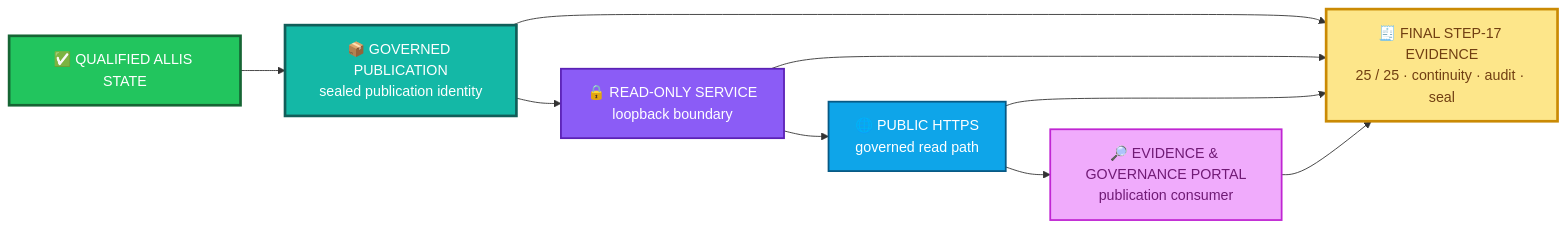
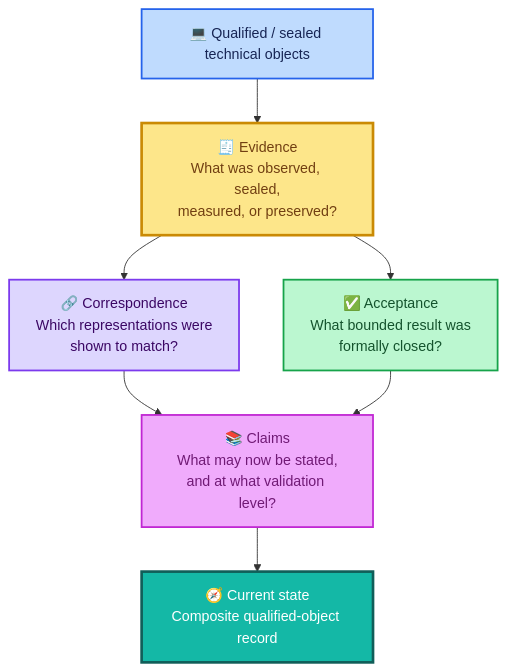
Before and after one commit to kiddstechnical/ALLIS-Artificial-Learning-and-Location-Intelligence-System: the diagram in evidence/README.md, drawn with Mermaid. The commit also changed other lines of this file, not shown here.

First line of the commit message:
Revise README for ALLIS evidence index and publication

````diff
--- a/evidence/README.md
+++ b/evidence/README.md
@@ -35,31 +57,28 @@
 ```mermaid
-flowchart LR
-    Q["✅ QUALIFIED ALLIS STATE"]:::qualified
+flowchart TB
+    S["💻 Qualified / sealed technical objects"]:::source
 
-    P["📦 GOVERNED PUBLICATION<br/>sealed publication identity"]:::publication
+    E["🧾 Evidence<br/>What was observed, sealed,<br/>measured, or preserved?"]:::evidence
 
-    S["🔒 READ-ONLY SERVICE<br/>loopback boundary"]:::service
+    C["🔗 Correspondence<br/>Which representations were<br/>shown to match?"]:::corr
 
-    H["🌐 PUBLIC HTTPS<br/>governed read path"]:::http
+    A["✅ Acceptance<br/>What bounded result was<br/>formally closed?"]:::acceptance
 
-    G["🔎 EVIDENCE & GOVERNANCE PORTAL<br/>publication consumer"]:::gui
+    Q["📚 Claims<br/>What may now be stated,<br/>and at what validation level?"]:::claims
 
-    E["🧾 FINAL STEP-17 EVIDENCE<br/>25 / 25 · continuity · audit · seal"]:::evidence
+    N["🧭 Current state<br/>Composite qualified-object record"]:::current
 
-    Q --> P
-    P --> S
-    S --> H
-    H --> G
+    S --> E
+    E --> C
+    E --> A
+    C --> Q
+    A --> Q
+    Q --> N
 
-    P --> E
-    S --> E
-    H --> E
-    G --> E
-
-    classDef qualified fill:#22c55e,stroke:#166534,color:#ffffff,stroke-width:3px;
-    classDef publication fill:#14b8a6,stroke:#115e59,color:#ffffff,stroke-width:3px;
-    classDef service fill:#8b5cf6,stroke:#5b21b6,color:#ffffff,stroke-width:2px;
-    classDef http fill:#0ea5e9,stroke:#075985,color:#ffffff,stroke-width:2px;
-    classDef gui fill:#f0abfc,stroke:#c026d3,color:#701a75,stroke-width:2px;
+    classDef source fill:#bfdbfe,stroke:#2563eb,color:#172554,stroke-width:2px;
     classDef evidence fill:#fde68a,stroke:#ca8a04,color:#713f12,stroke-width:3px;
+    classDef corr fill:#ddd6fe,stroke:#7c3aed,color:#3b0764,stroke-width:2px;
+    classDef acceptance fill:#bbf7d0,stroke:#16a34a,color:#14532d,stroke-width:2px;
+    classDef claims fill:#f0abfc,stroke:#c026d3,color:#701a75,stroke-width:2px;
+    classDef current fill:#14b8a6,stroke:#115e59,color:#ffffff,stroke-width:3px;
 ```
````
